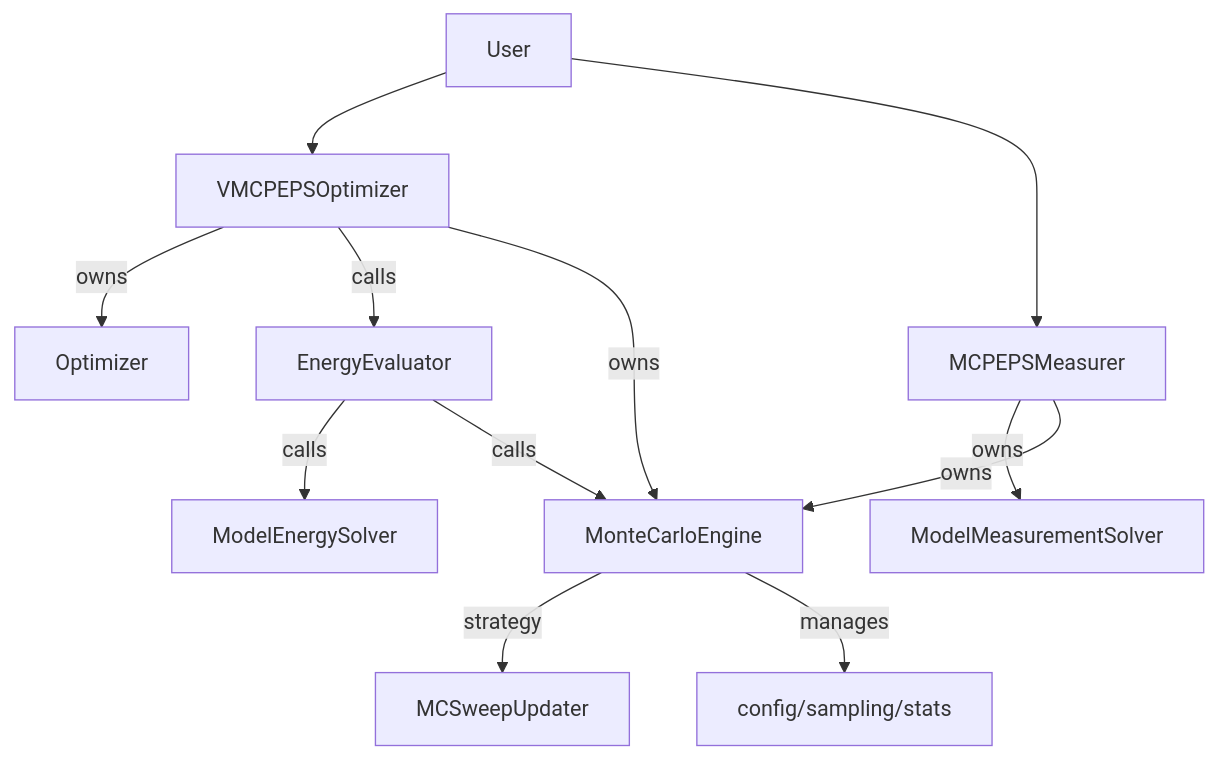
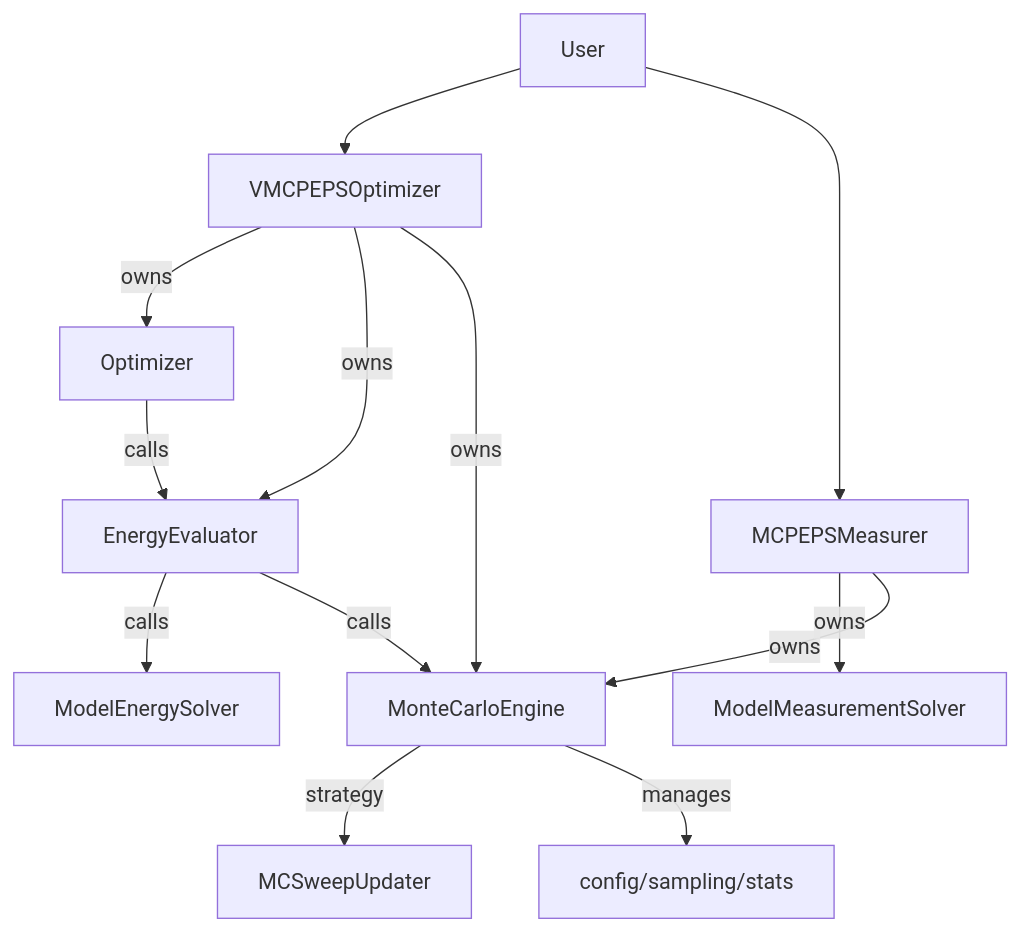
Before and after one commit to QuantumLiquids/PEPS: the diagram in docs/dev/design/arch/overview_cn.md, drawn with Mermaid. The commit also changed other lines of this file and 28 other files, not shown here.

````diff
--- a/docs/dev/design/arch/overview_cn.md
+++ b/docs/dev/design/arch/overview_cn.md
@@ -102,14 +102,15 @@
 ```mermaid
 graph TD
   U[User] --> O[VMCPEPSOptimizer]
   U[User] --> M[MCPEPSMeasurer]
   O -- owns --> Opt[Optimizer]
-  O -- calls --> Eval[EnergyEvaluator]
+  O -- owns --> Eval[EnergyEvaluator]
+  Opt -- calls --> Eval[EnergyEvaluator]
   Eval -- calls --> MS2[ModelEnergySolver]
   M -- owns --> MSSolver[ModelMeasurementSolver]
   O -- owns --> Eng[MonteCarloEngine]
   M -- owns --> Eng
   Eval -- calls --> Eng
   Eng -- strategy --> Upd[MCSweepUpdater]
   Eng -- manages --> Cfg[config/sampling/stats]
 ```
````
